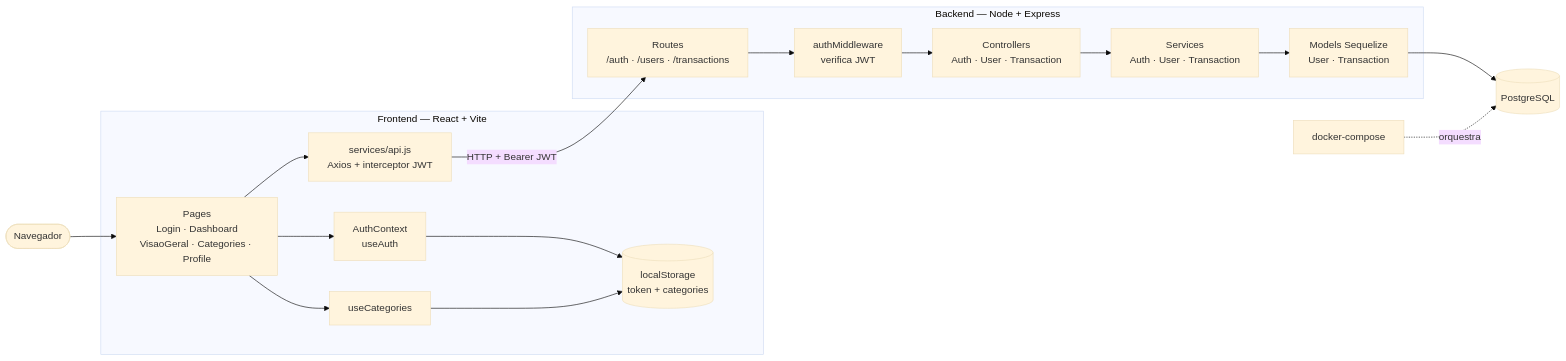
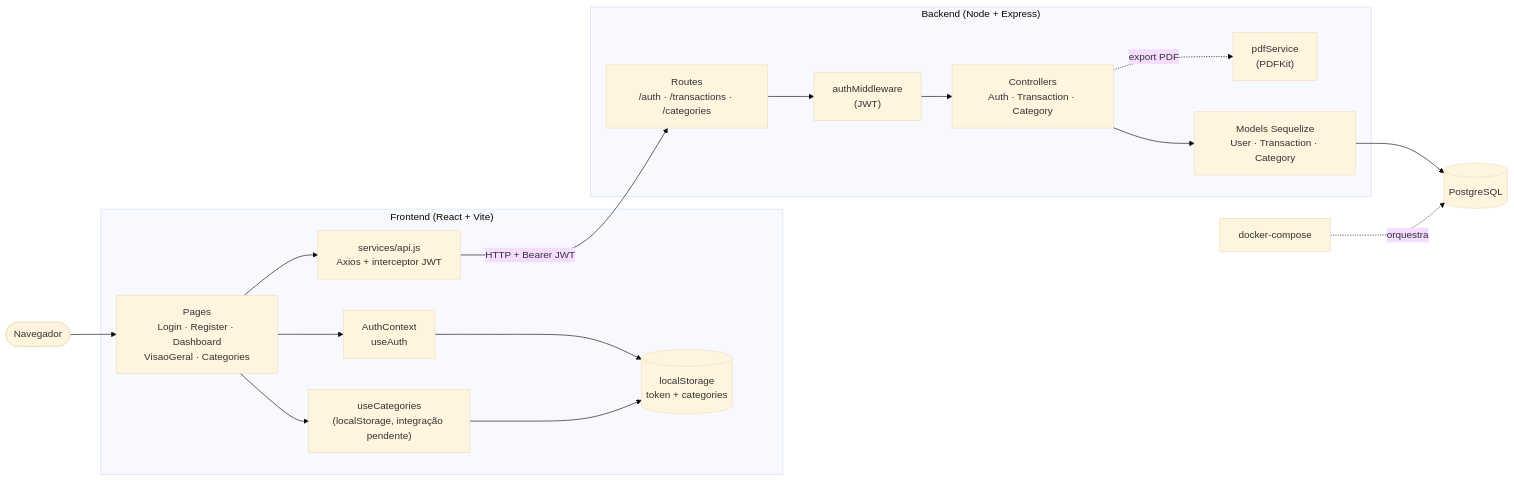
Before and after one commit to Beloeser/EngSoftware01_FinancasPessoais: the diagram in docs/uml/3-componentes.mmd, drawn with Mermaid (base theme). The commit also changed 7 other files, not shown here.

First line of the commit message:
docs: alinha diagramas UML ao estado atual do backend

```diff
--- a/docs/uml/3-componentes.mmd
+++ b/docs/uml/3-componentes.mmd
@@ -1,37 +1,37 @@
 graph LR
     Browser([Navegador])
 
-    subgraph FE["Frontend — React + Vite"]
-        Pages["Pages<br/>Login · Dashboard<br/>VisaoGeral · Categories · Profile"]
+    subgraph FE["Frontend (React + Vite)"]
+        Pages["Pages<br/>Login · Register · Dashboard<br/>VisaoGeral · Categories"]
         AuthCtx["AuthContext<br/>useAuth"]
-        UseCat["useCategories"]
+        UseCat["useCategories<br/>(localStorage, integração pendente)"]
         LS[("localStorage<br/>token + categories")]
         ApiClient["services/api.js<br/>Axios + interceptor JWT"]
 
         Pages --> AuthCtx
         Pages --> UseCat
         Pages --> ApiClient
         AuthCtx --> LS
         UseCat --> LS
     end
 
-    subgraph BE["Backend — Node + Express"]
-        Routes["Routes<br/>/auth · /users · /transactions"]
-        MW["authMiddleware<br/>verifica JWT"]
-        Ctrls["Controllers<br/>Auth · User · Transaction"]
-        Svcs["Services<br/>Auth · User · Transaction"]
-        Models["Models Sequelize<br/>User · Transaction"]
+    subgraph BE["Backend (Node + Express)"]
+        Routes["Routes<br/>/auth · /transactions · /categories"]
+        MW["authMiddleware<br/>(JWT)"]
+        Ctrls["Controllers<br/>Auth · Transaction · Category"]
+        PdfSvc["pdfService<br/>(PDFKit)"]
+        Models["Models Sequelize<br/>User · Transaction · Category"]
 
         Routes --> MW
         MW --> Ctrls
-        Ctrls --> Svcs
-        Svcs --> Models
+        Ctrls --> Models
+        Ctrls -.->|export PDF| PdfSvc
     end
 
     DB[("PostgreSQL")]
     Docker["docker-compose"]
 
     Browser --> Pages
     ApiClient -->|HTTP + Bearer JWT| Routes
     Models --> DB
     Docker -.->|orquestra| DB
```
